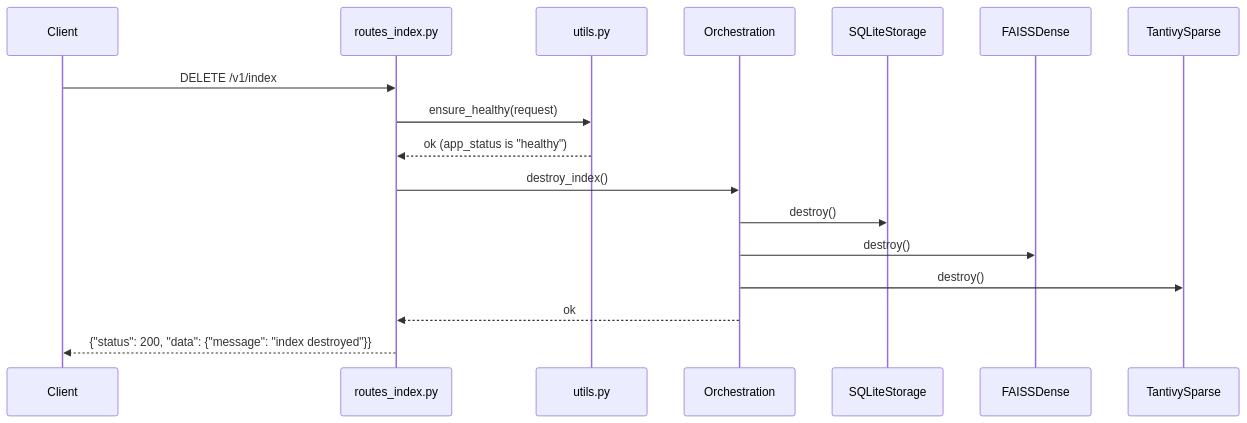
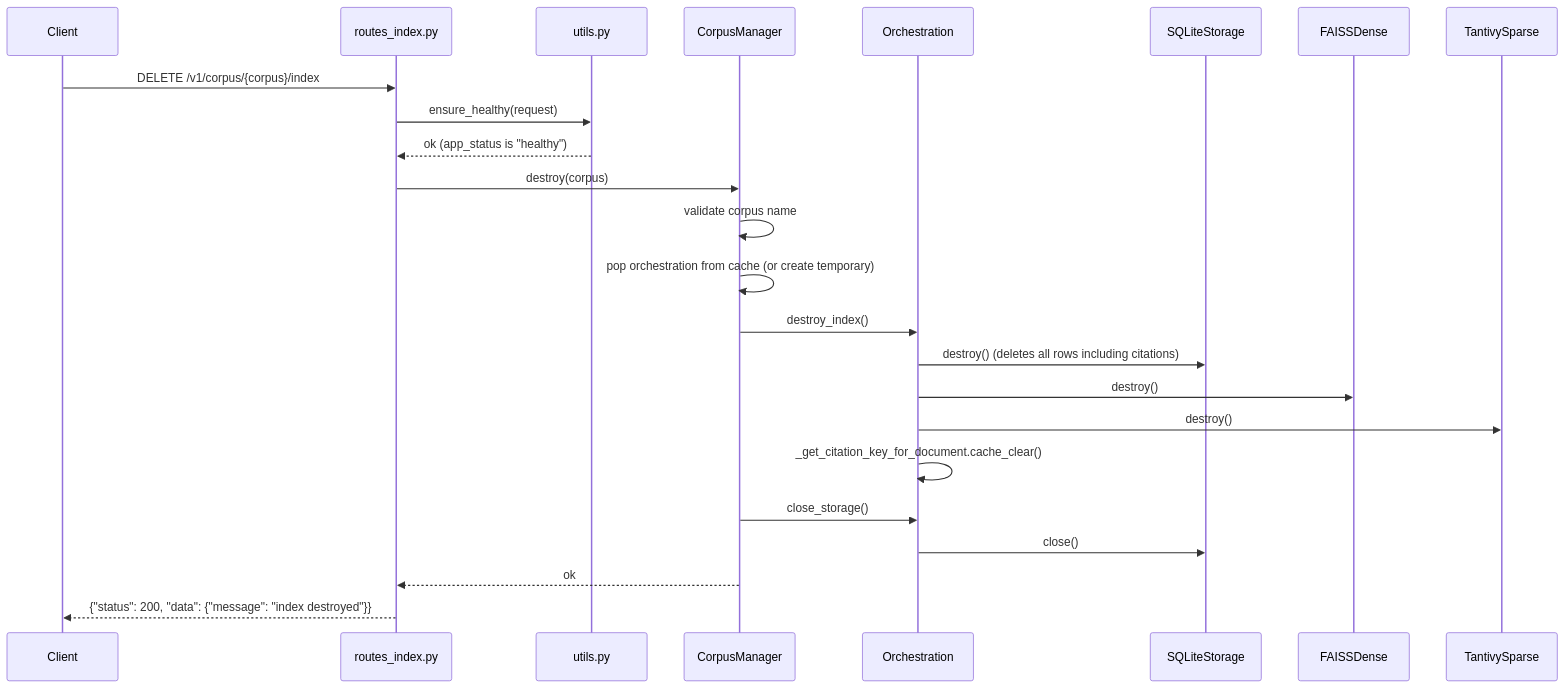
Before and after one commit to florianbuetow/mini-rag: the fourth of 10 diagrams in docs/SPECIFICATION-DATA-FLOW.md, drawn with Mermaid. The commit also changed other lines of this file and 2 other files, not shown here.

First line of the commit message:
Update specification docs for citations, reranking, and multi-corpus

````diff
--- a/docs/SPECIFICATION-DATA-FLOW.md
+++ b/docs/SPECIFICATION-DATA-FLOW.md
@@ -401,20 +495,27 @@
 ```mermaid
 sequenceDiagram
     participant C as Client
     participant R as routes_index.py
     participant U as utils.py
+    participant CM as CorpusManager
     participant O as Orchestration
     participant ST as SQLiteStorage
     participant D as FAISSDense
     participant SP as TantivySparse
 
-    C->>R: DELETE /v1/index
+    C->>R: DELETE /v1/corpus/{corpus}/index
     R->>U: ensure_healthy(request)
     U-->>R: ok (app_status is "healthy")
-    R->>O: destroy_index()
-    O->>ST: destroy()
+    R->>CM: destroy(corpus)
+    CM->>CM: validate corpus name
+    CM->>CM: pop orchestration from cache (or create temporary)
+    CM->>O: destroy_index()
+    O->>ST: destroy() (deletes all rows including citations)
     O->>D: destroy()
     O->>SP: destroy()
-    O-->>R: ok
+    O->>O: _get_citation_key_for_document.cache_clear()
+    CM->>O: close_storage()
+    O->>ST: close()
+    CM-->>R: ok
     R-->>C: {"status": 200, "data": {"message": "index destroyed"}}
 ```
````
